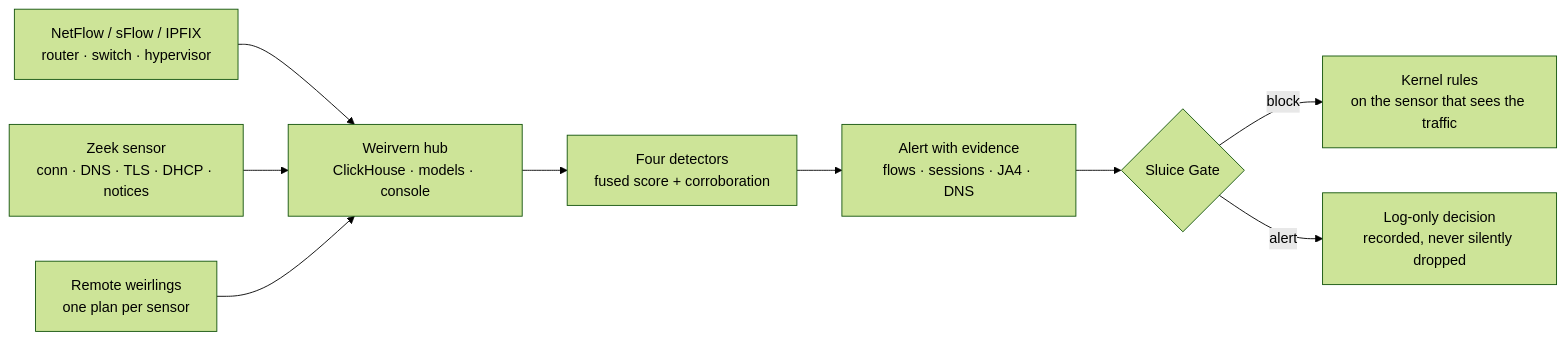
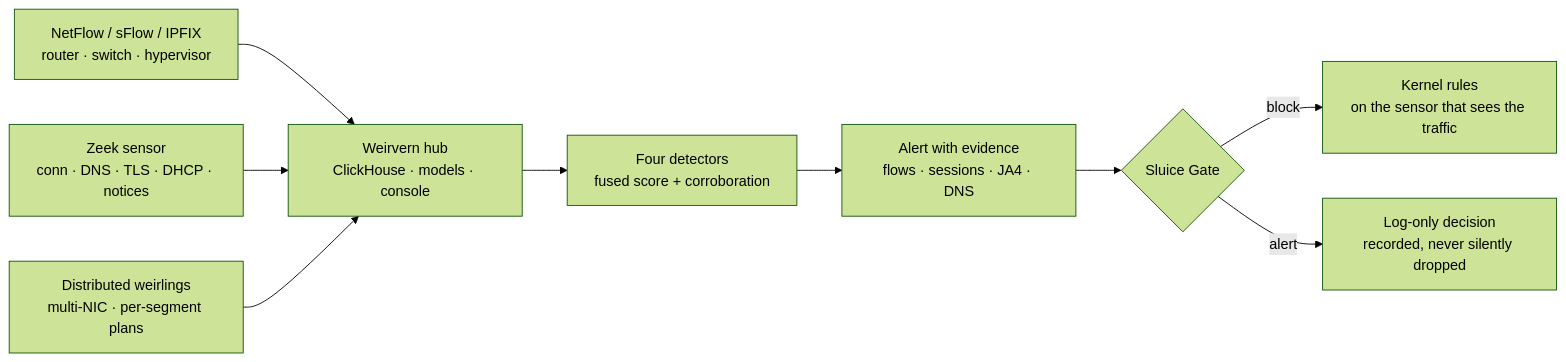
Before and after one commit to hodlhart/weirvern: the diagram in README.md, drawn with Mermaid (forest theme). The commit also changed other lines of this file and 1 other file, not shown here.

Commit message:
Document distributed multi-NIC weirlings and show the complete graph tile

````diff
--- a/README.md
+++ b/README.md
@@ -86,11 +113,11 @@
 ```mermaid
 flowchart LR
   E[NetFlow / sFlow / IPFIX<br/>router · switch · hypervisor] --> H[Weirvern hub<br/>ClickHouse · models · console]
   Z[Zeek sensor<br/>conn · DNS · TLS · DHCP · notices] --> H
-  W[Remote weirlings<br/>one plan per sensor] --> H
+  W[Distributed weirlings<br/>multi-NIC · per-segment plans] --> H
   H --> D[Four detectors<br/>fused score + corroboration]
   D --> A[Alert with evidence<br/>flows · sessions · JA4 · DNS]
   A --> G{Sluice Gate}
   G -->|block| K[Kernel rules<br/>on the sensor that sees the traffic]
   G -->|alert| L[Log-only decision<br/>recorded, never silently dropped]
 ```
````
